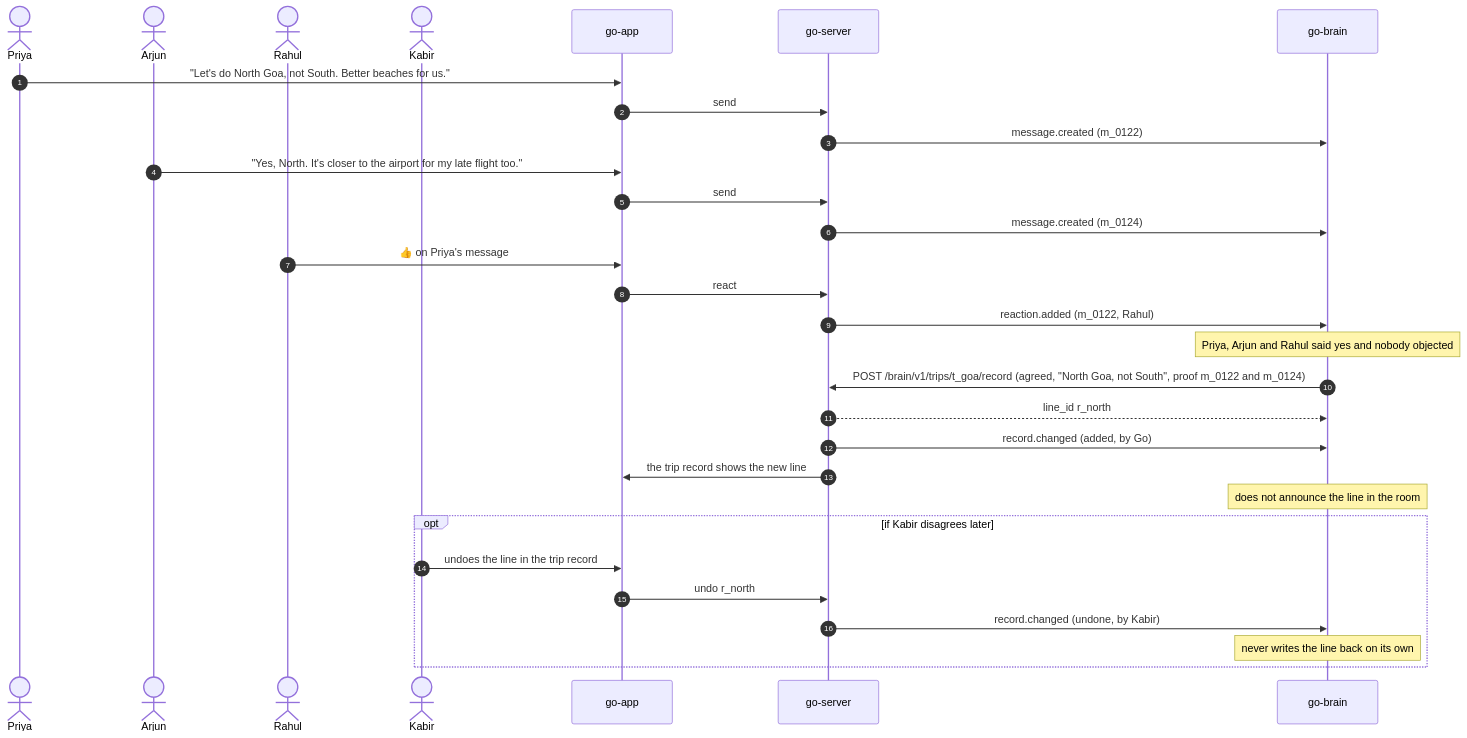
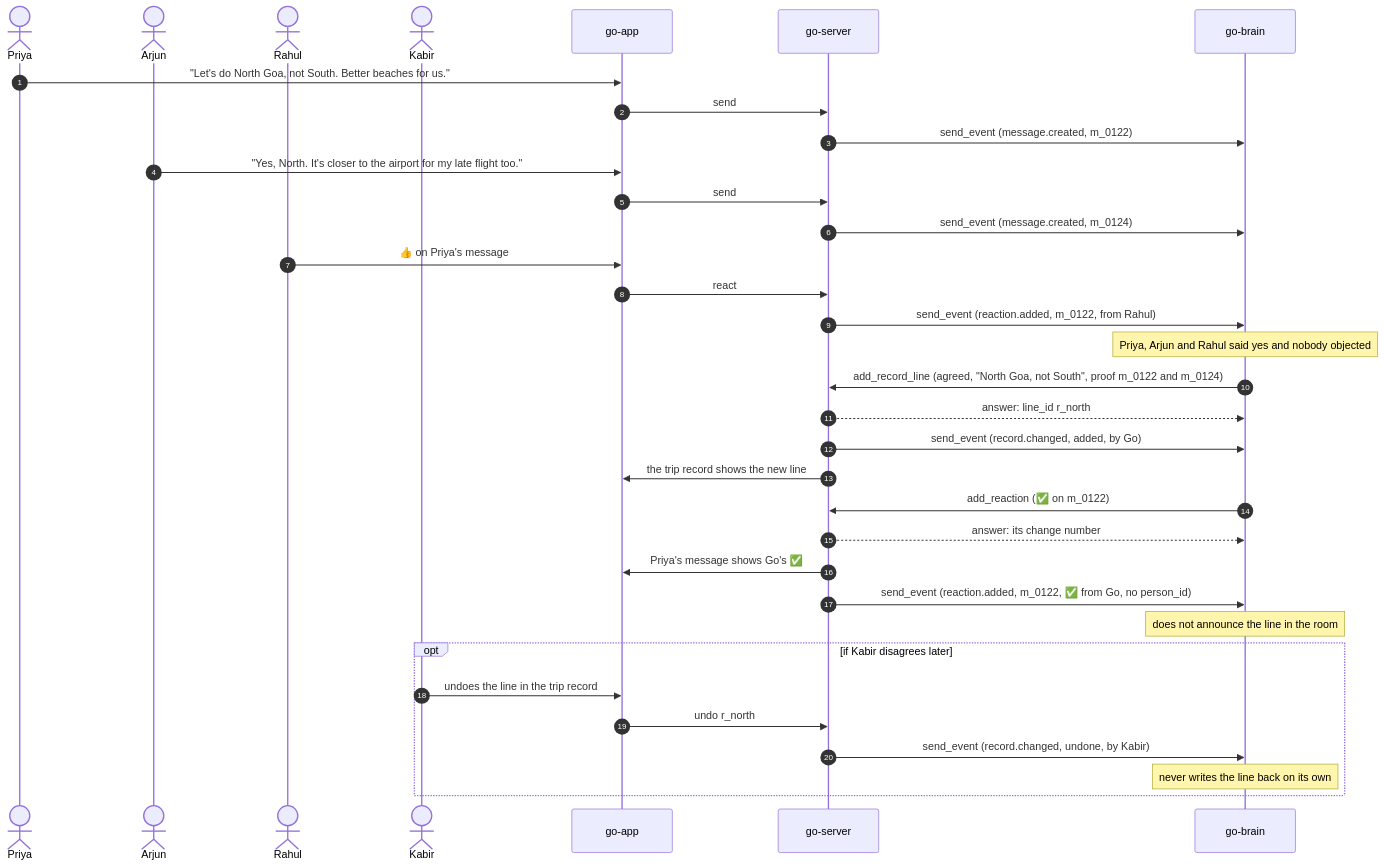
The third of 8 diagrams in docs/guide/09-flows.md (vestra-ai/go-brain), drawn with Mermaid before and after one commit. The commit also changed other lines of this file and 23 other files, not shown here.

````diff
--- a/docs/guide/09-flows.md
+++ b/docs/guide/09-flows.md
@@ -78,32 +84,36 @@
 ```mermaid
 sequenceDiagram
   autonumber
   actor Priya
   actor Arjun
   actor Rahul
   actor Kabir
   participant app as go-app
   participant server as go-server
   participant brain as go-brain
   Priya->>app: "Let's do North Goa, not South. Better beaches for us."
   app->>server: send
-  server->>brain: message.created (m_0122)
+  server->>brain: send_event (message.created, m_0122)
   Arjun->>app: "Yes, North. It's closer to the airport for my late flight too."
   app->>server: send
-  server->>brain: message.created (m_0124)
+  server->>brain: send_event (message.created, m_0124)
   Rahul->>app: 👍 on Priya's message
   app->>server: react
-  server->>brain: reaction.added (m_0122, Rahul)
+  server->>brain: send_event (reaction.added, m_0122, from Rahul)
   Note over brain: Priya, Arjun and Rahul said yes and nobody objected
-  brain->>server: POST /brain/v1/trips/t_goa/record (agreed, "North Goa, not South", proof m_0122 and m_0124)
-  server-->>brain: line_id r_north
-  server->>brain: record.changed (added, by Go)
+  brain->>server: add_record_line (agreed, "North Goa, not South", proof m_0122 and m_0124)
+  server-->>brain: answer: line_id r_north
+  server->>brain: send_event (record.changed, added, by Go)
   server->>app: the trip record shows the new line
+  brain->>server: add_reaction (✅ on m_0122)
+  server-->>brain: answer: its change number
+  server->>app: Priya's message shows Go's ✅
+  server->>brain: send_event (reaction.added, m_0122, ✅ from Go, no person_id)
   Note over brain: does not announce the line in the room
   opt if Kabir disagrees later
     Kabir->>app: undoes the line in the trip record
     app->>server: undo r_north
-    server->>brain: record.changed (undone, by Kabir)
+    server->>brain: send_event (record.changed, undone, by Kabir)
     Note over brain: never writes the line back on its own
   end
 ```
````
